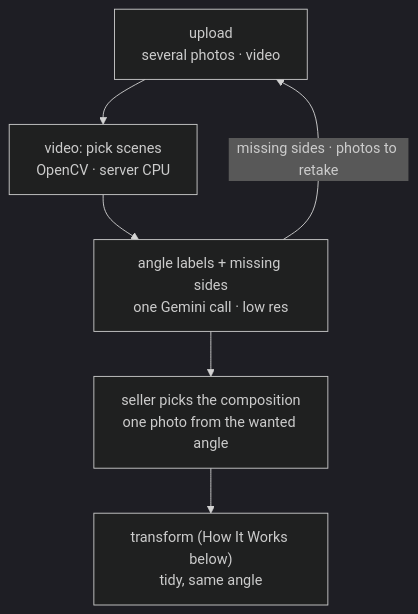
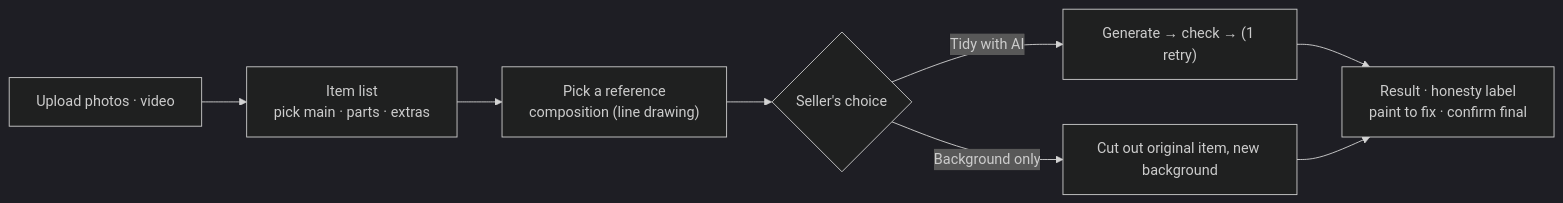
Before and after one commit to cha0620/Carret-App: the diagram in Readme.md, drawn with Mermaid (dark theme). The commit also changed other lines of this file and 49 other files, not shown here.

````diff
--- a/Readme.md
+++ b/Readme.md
@@ -32,8 +45,10 @@
 ```mermaid
-flowchart TD
-  U["upload<br/>several photos · video"] --> F["video: pick scenes<br/>OpenCV · server CPU"]
-  F --> W["angle labels + missing sides<br/>one Gemini call · low res"]
-  W -->|"missing sides · photos to retake"| U
-  W --> S["seller picks the composition<br/>one photo from the wanted angle"]
-  S --> T["transform (How It Works below)<br/>tidy, same angle"]
+flowchart LR
+  U["Upload photos · video"] --> L["Item list<br/>pick main · parts · extras"]
+  L --> R["Pick a reference<br/>composition (line drawing)"]
+  R --> C{"Seller's choice"}
+  C -->|Tidy with AI| G["Generate → check → (1 retry)"]
+  C -->|Background only| B["Cut out original item, new background"]
+  G --> F["Result · honesty label<br/>paint to fix · confirm final"]
+  B --> F
 ```
````
